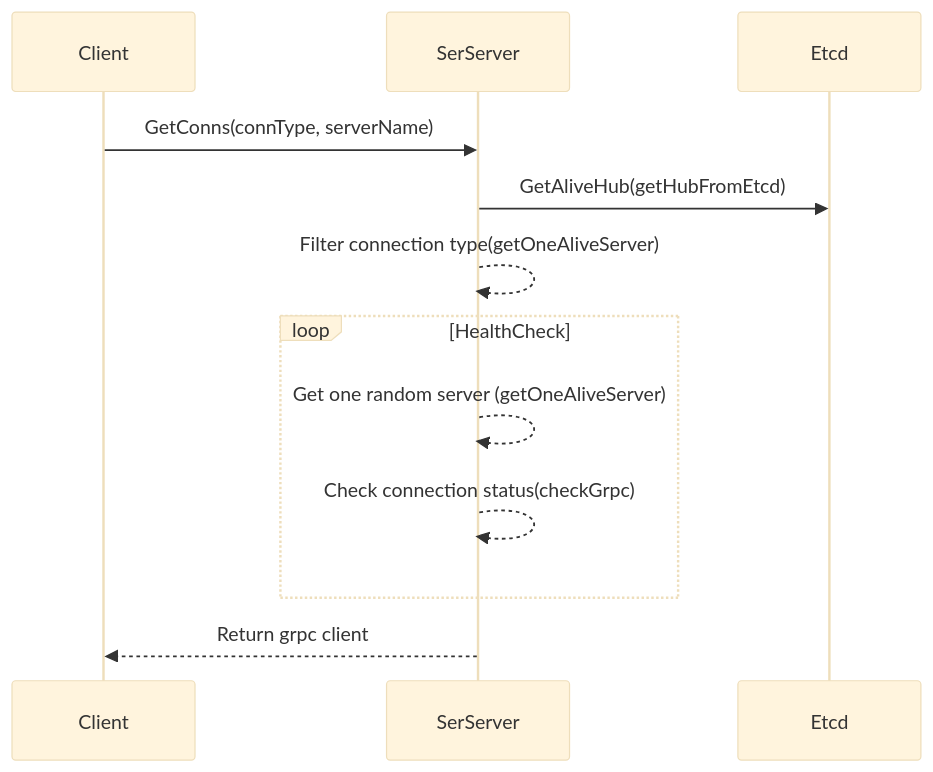
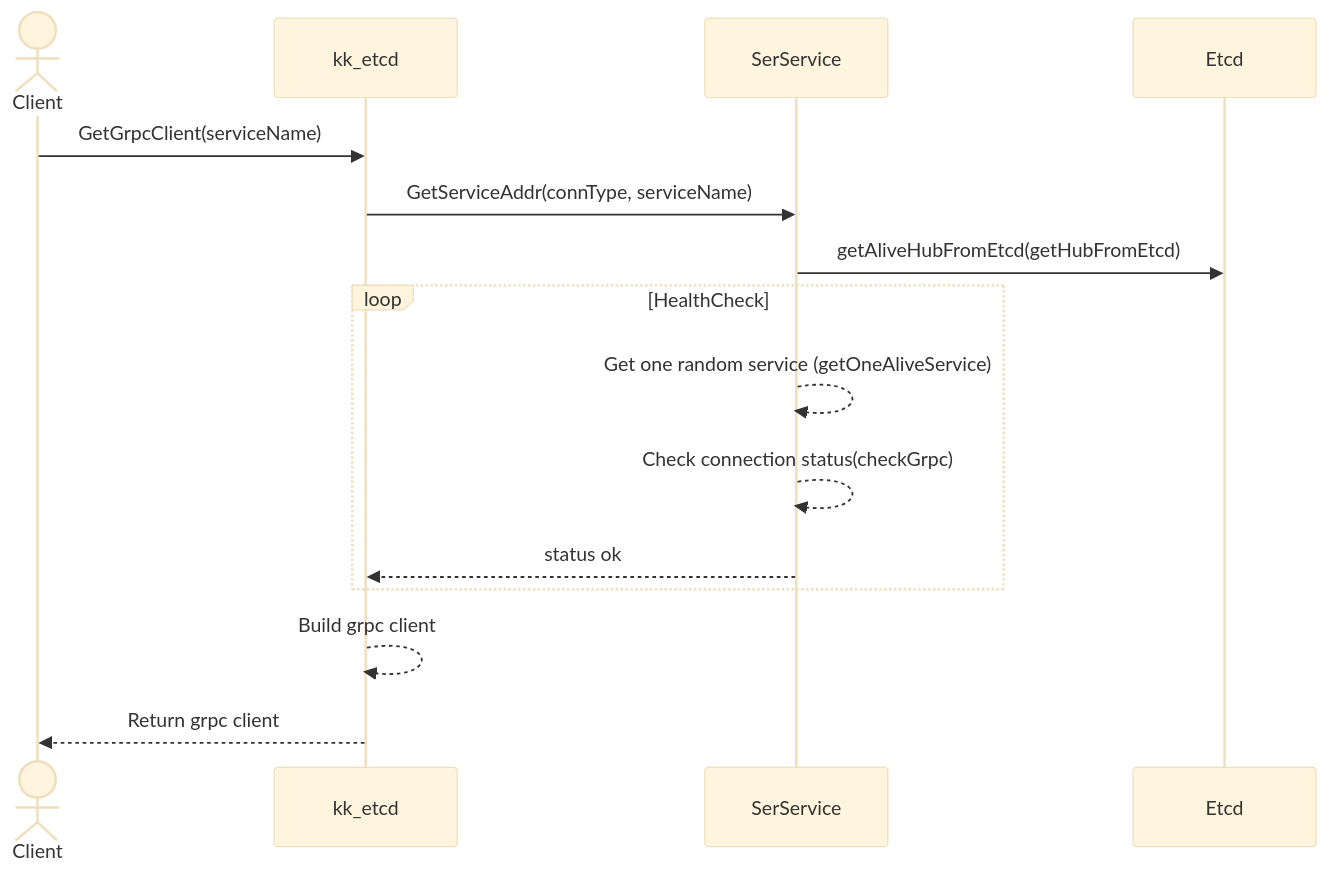
The fifth of 5 diagrams in README.md (cruvie/kk_etcd_ui), drawn with Mermaid (base theme) before and after one commit. The commit also changed other lines of this file and 35 other files, not shown here.

````diff
--- a/README.md
+++ b/README.md
@@ -136,11 +152,14 @@
 ```mermaid
 sequenceDiagram
-    Client ->> SerServer: GetConns(connType, serverName)
-    SerServer ->> Etcd: GetAliveHub(getHubFromEtcd)
-    SerServer -->> SerServer: Filter connection type(getOneAliveServer)
+    actor Client
+    Client ->> kk_etcd: GetGrpcClient(serviceName)
+    kk_etcd ->> SerService: GetServiceAddr(connType, serviceName)
+    SerService ->> Etcd: getAliveHubFromEtcd(getHubFromEtcd)
     loop HealthCheck
-        SerServer -->> SerServer: Get one random server (getOneAliveServer)
-        SerServer -->> SerServer: Check connection status(checkGrpc)
+        SerService -->> SerService: Get one random service (getOneAliveService)
+        SerService -->> SerService: Check connection status(checkGrpc)
+        SerService -->> kk_etcd: status ok
     end
-    SerServer -->> Client: Return grpc client
+    kk_etcd -->> kk_etcd: Build grpc client
+    kk_etcd -->> Client: Return grpc client
 ```
````
